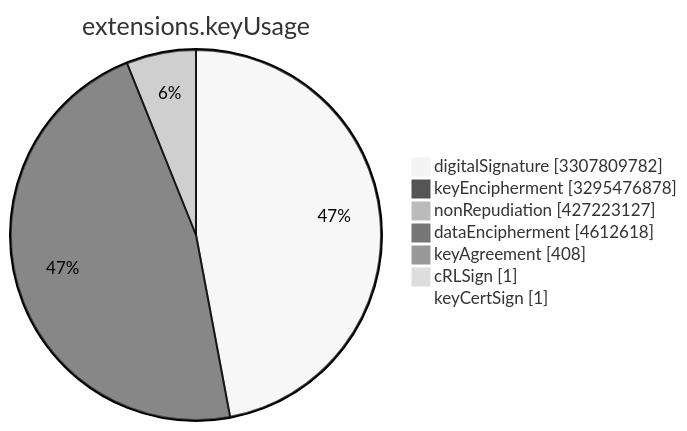
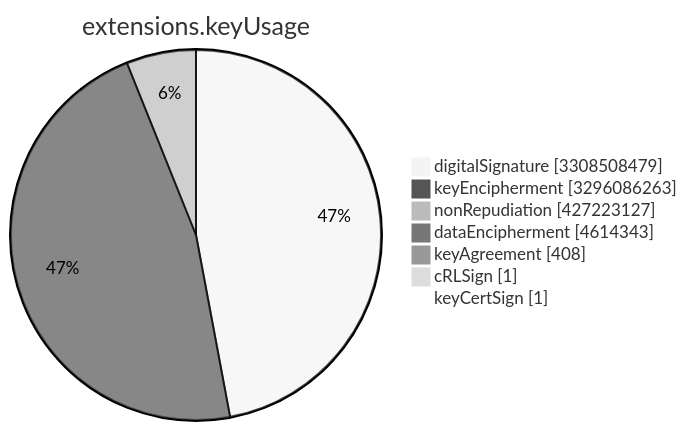
The sixth of 15 diagrams in TOTAL/README.md (christiankrug/ctmonitor_visualization), drawn with Mermaid (neutral theme) before and after one commit. The commit also changed other lines of this file, not shown here.

````diff
--- a/TOTAL/README.md
+++ b/TOTAL/README.md
@@ -3078,11 +3078,11 @@
 ```mermaid
 pie showData
 title extensions.keyUsage
-"digitalSignature" :3307809782
-"keyEncipherment" :3295476878
+"digitalSignature" :3308508479
+"keyEncipherment" :3296086263
 "nonRepudiation" :427223127
-"dataEncipherment" :4612618
+"dataEncipherment" :4614343
 "keyAgreement" :408
 "cRLSign" :1
 "keyCertSign" :1
 ```
````
